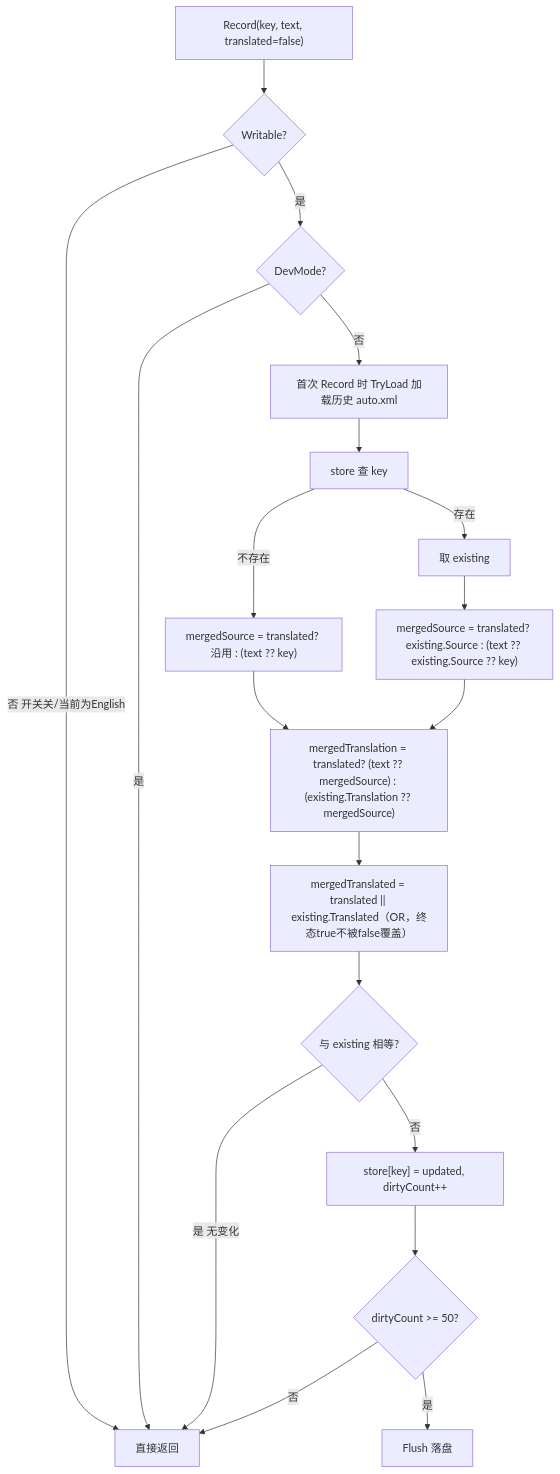
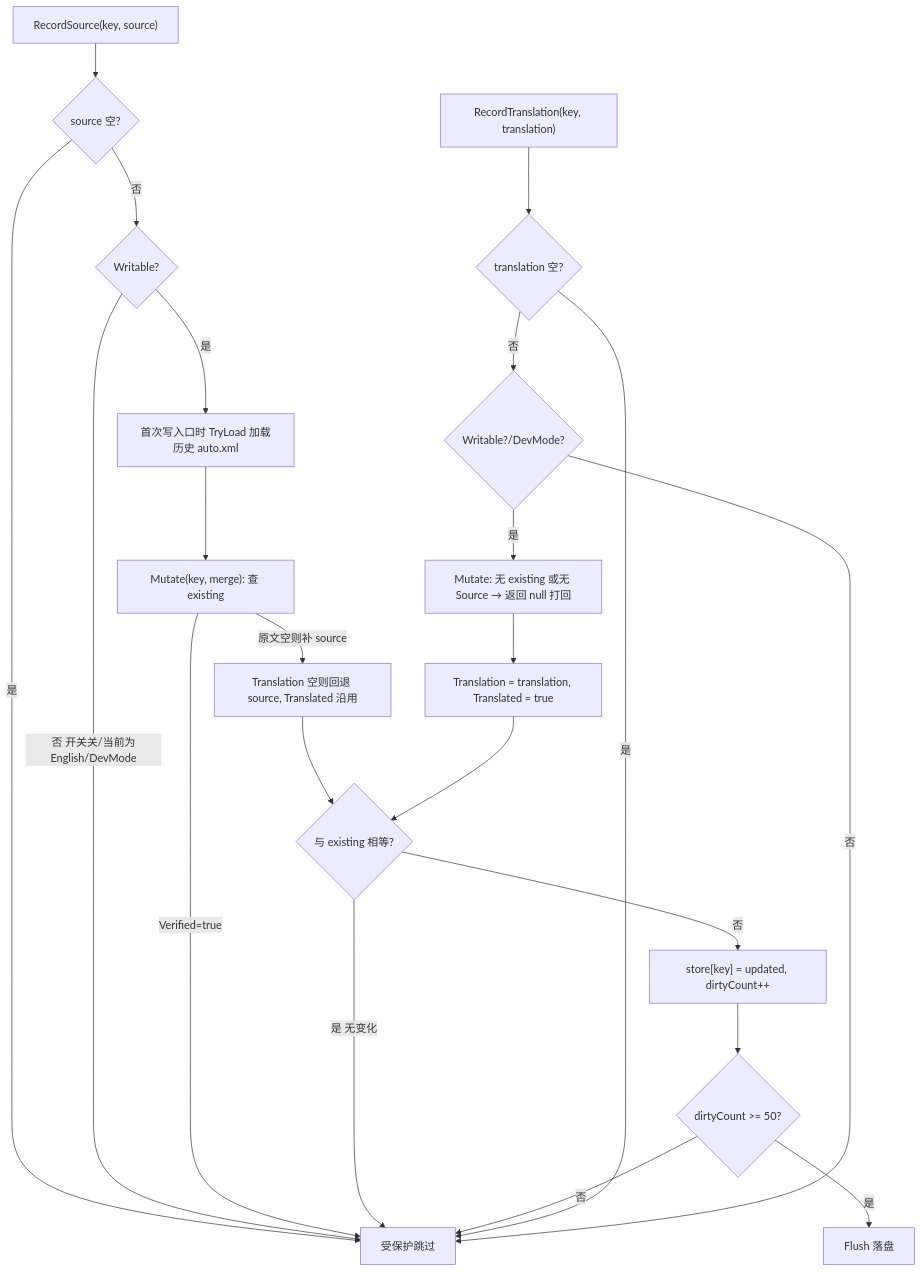
Before and after one commit to NDAKJin/auto-translator: the diagram in Doc/AutoTranslationStore.md, drawn with Mermaid. The commit also changed other lines of this file and 1 other file, not shown here.

Commit message:
refactor: 拆分 Record 为 RecordSource/RecordTranslation，去掉 translated 入参，原文缺失不入库

````diff
--- a/Doc/AutoTranslationStore.md
+++ b/Doc/AutoTranslationStore.md
@@ -10,24 +11,26 @@
 ```mermaid
 flowchart TD
-    A["Record(key, text, translated=false)"] --> B{Writable?}
-    B -->|否 开关关/当前为English| Z[直接返回]
-    B -->|是| C{DevMode?}
-    C -->|是| Z
-    C -->|否| D[首次 Record 时 TryLoad 加载历史 auto.xml]
+    A["RecordSource(key, source)"] --> B{source 空?}
+    B -->|是| Z[直接返回]
+    B -->|否| C{Writable?}
+    C -->|否 开关关/当前为English/DevMode| Z
+    C -->|是| D[首次写入口时 TryLoad 加载历史 auto.xml]
 
-    D --> E[store 查 key]
-    E -->|不存在| F["mergedSource = translated? 沿用 : (text ?? key)"]
-    E -->|存在| G["取 existing"]
-    G --> H["mergedSource = translated? existing.Source : (text ?? existing.Source ?? key)"]
-    F --> I
-    H --> I
-    I["mergedTranslation = translated? (text ?? mergedSource) : (existing.Translation ?? mergedSource)"]
-    I --> J["mergedTranslated = translated || existing.Translated（OR，终态true不被false覆盖）"]
+    D --> E["Mutate(key, merge): 查 existing"]
+    E -->|Verified=true| Z[受保护跳过]
+    E -->|原文空则补 source| F["Translation 空则回退 source, Translated 沿用"]
+    F --> G{与 existing 相等?}
+    G -->|是 无变化| Z
+    G -->|否| H["store[key] = updated, dirtyCount++"]
+    H --> I{dirtyCount >= 50?}
+    I -->|是| J[Flush 落盘]
+    I -->|否| Z
 
-    J --> K{与 existing 相等?}
-    K -->|是 无变化| Z
-    K -->|否| L["store[key] = updated, dirtyCount++"]
-    L --> M{dirtyCount >= 50?}
-    M -->|是| N[Flush 落盘]
+    K["RecordTranslation(key, translation)"] --> L{translation 空?}
+    L -->|是| Z
+    L -->|否| M{Writable?/DevMode?}
     M -->|否| Z
+    M -->|是| N["Mutate: 无 existing 或无 Source → 返回 null 打回"]
+    N --> O["Translation = translation, Translated = true"]
+    O --> G
 ```
````
